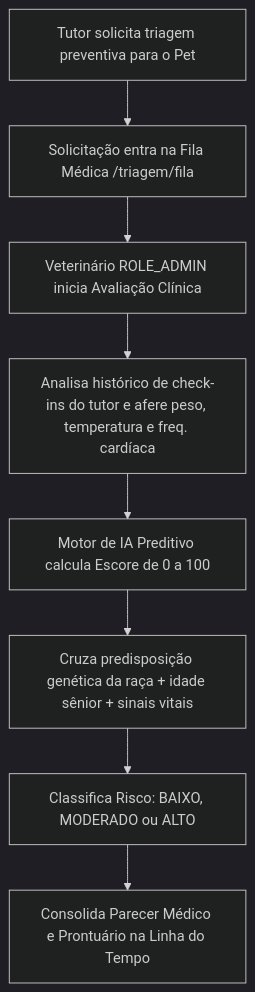
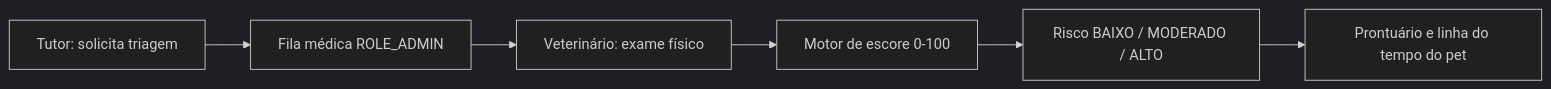
One commit to Gabriel-Maciel06/clyvo-vet-web changed the diagram in README.md. Above: the diagram before and after it, drawn with Mermaid (dark theme). The commit also changed other lines of this file and 19 other files, not shown here.

````diff
--- a/README.md
+++ b/README.md
@@ -83,10 +140,8 @@
 ```mermaid
-graph TD
-    A[Tutor solicita triagem preventiva para o Pet] --> B[Solicitação entra na Fila Médica /triagem/fila]
-    B --> C[Veterinário ROLE_ADMIN inicia Avaliação Clínica]
-    C --> D[Analisa histórico de check-ins do tutor e afere peso, temperatura e freq. cardíaca]
-    D --> E[Motor de IA Preditivo calcula Escore de 0 a 100]
-    E --> F[Cruza predisposição genética da raça + idade sênior + sinais vitais]
-    F --> G[Classifica Risco: BAIXO, MODERADO ou ALTO]
-    G --> H[Consolida Parecer Médico e Prontuário na Linha do Tempo]
+graph LR
+    A[Tutor: solicita triagem] --> B[Fila médica ROLE_ADMIN]
+    B --> C[Veterinário: exame físico]
+    C --> D[Motor de escore 0-100]
+    D --> E[Risco BAIXO / MODERADO / ALTO]
+    E --> F[Prontuário e linha do tempo do pet]
 ```
````
